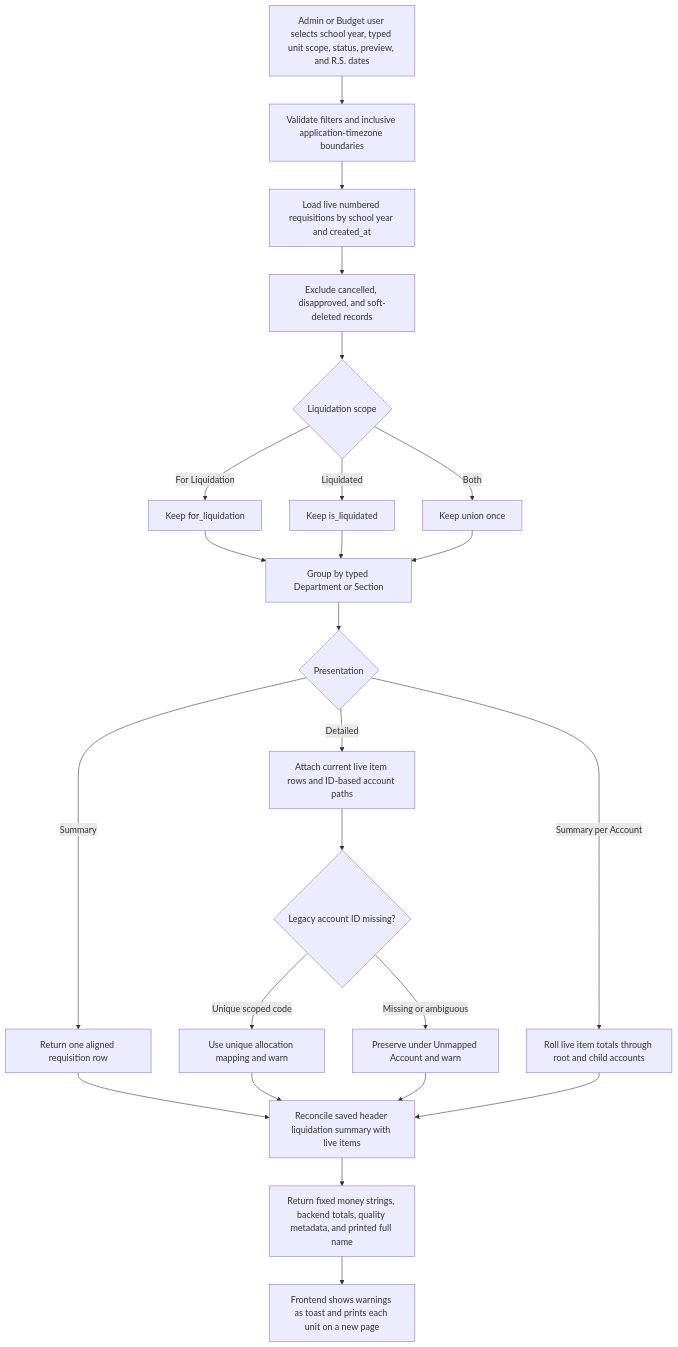
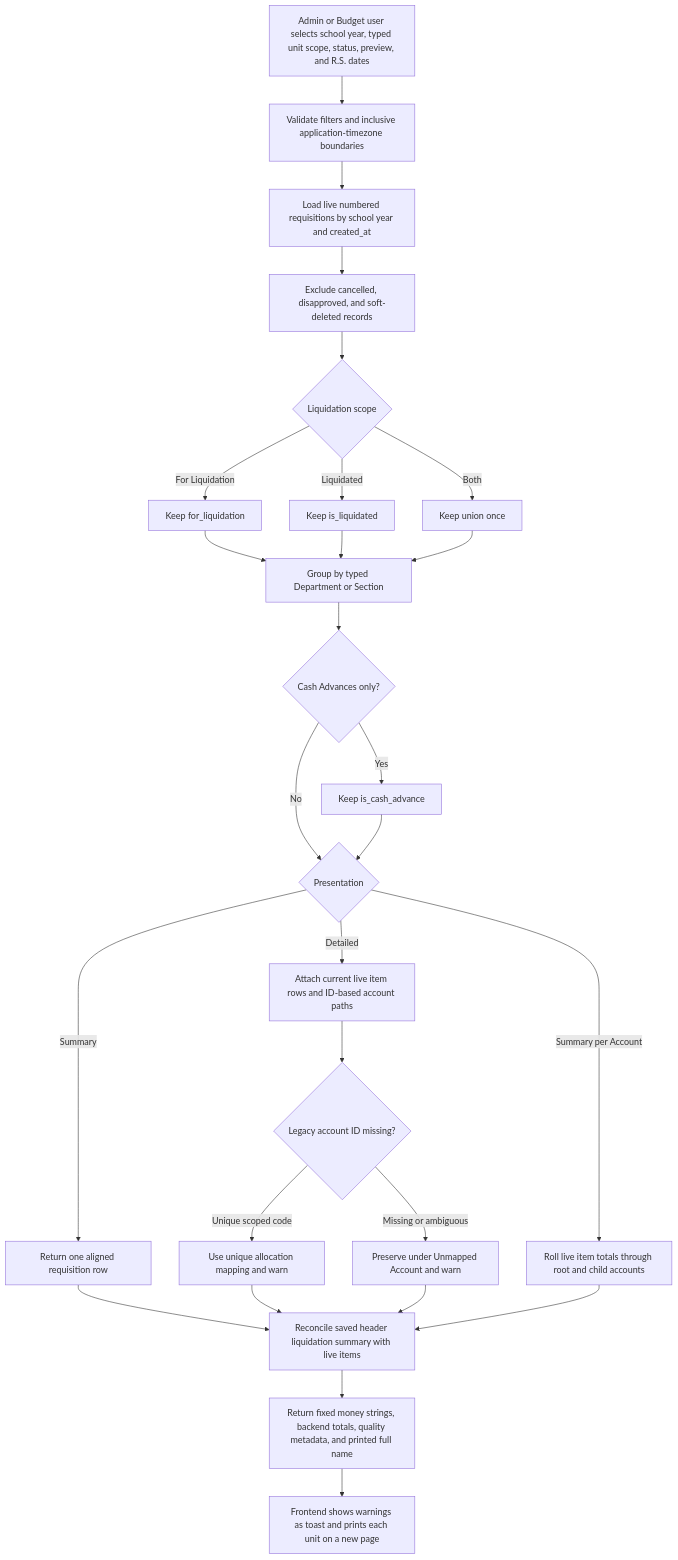
One commit to AdamsonUniversity-ITC/adulivev6-monorepo changed the ninth of 22 diagrams in docs/abms/flowcharts.md. Above: the diagram before and after it, drawn with Mermaid. The commit also changed other lines of this file and 24 other files, not shown here.

````diff
--- a/docs/abms/flowcharts.md
+++ b/docs/abms/flowcharts.md
@@ -176,26 +177,30 @@
 ```mermaid
 flowchart TD
     A[Admin or Budget user selects school year, typed unit scope, status, preview, and R.S. dates] --> B[Validate filters and inclusive application-timezone boundaries]
     B --> C[Load live numbered requisitions by school year and created_at]
     C --> D[Exclude cancelled, disapproved, and soft-deleted records]
     D --> E{Liquidation scope}
     E -- For Liquidation --> F[Keep for_liquidation]
     E -- Liquidated --> G[Keep is_liquidated]
     E -- Both --> H[Keep union once]
     F --> I[Group by typed Department or Section]
     G --> I
     H --> I
-    I --> J{Presentation}
+    I --> CA{Cash Advances only?}
+    CA -- Yes --> CB[Keep is_cash_advance]
+    CA -- No --> J
+    CB --> J
+    J{Presentation}
     J -- Summary --> K[Return one aligned requisition row]
     J -- Detailed --> L[Attach current live item rows and ID-based account paths]
     J -- Summary per Account --> M[Roll live item totals through root and child accounts]
     L --> N{Legacy account ID missing?}
     N -- Unique scoped code --> O[Use unique allocation mapping and warn]
     N -- Missing or ambiguous --> P[Preserve under Unmapped Account and warn]
     K --> Q[Reconcile saved header liquidation summary with live items]
     O --> Q
     P --> Q
     M --> Q
     Q --> R[Return fixed money strings, backend totals, quality metadata, and printed full name]
     R --> S[Frontend shows warnings as toast and prints each unit on a new page]
 ```
````
